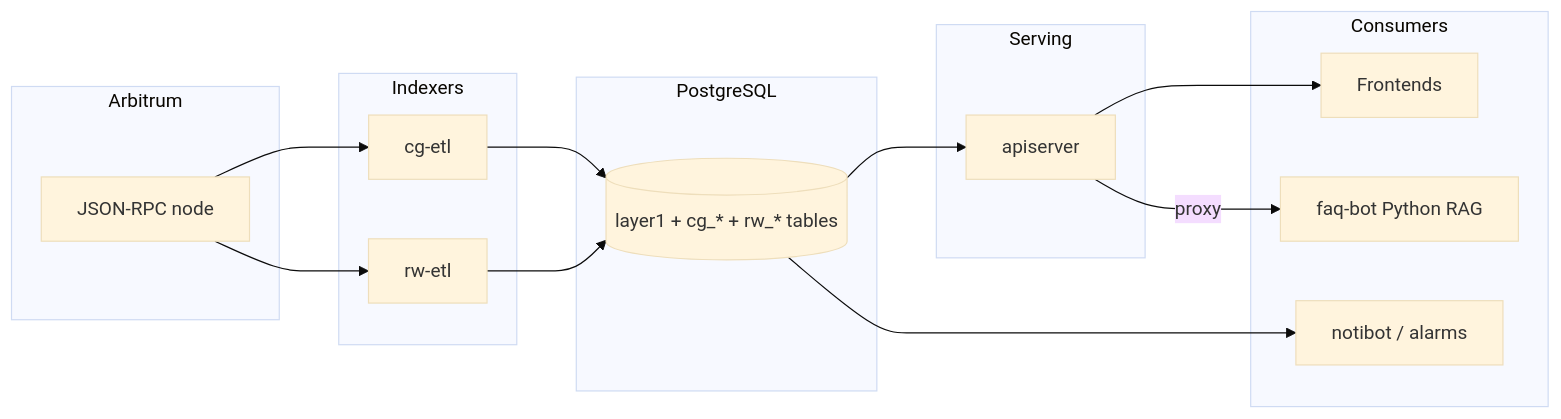
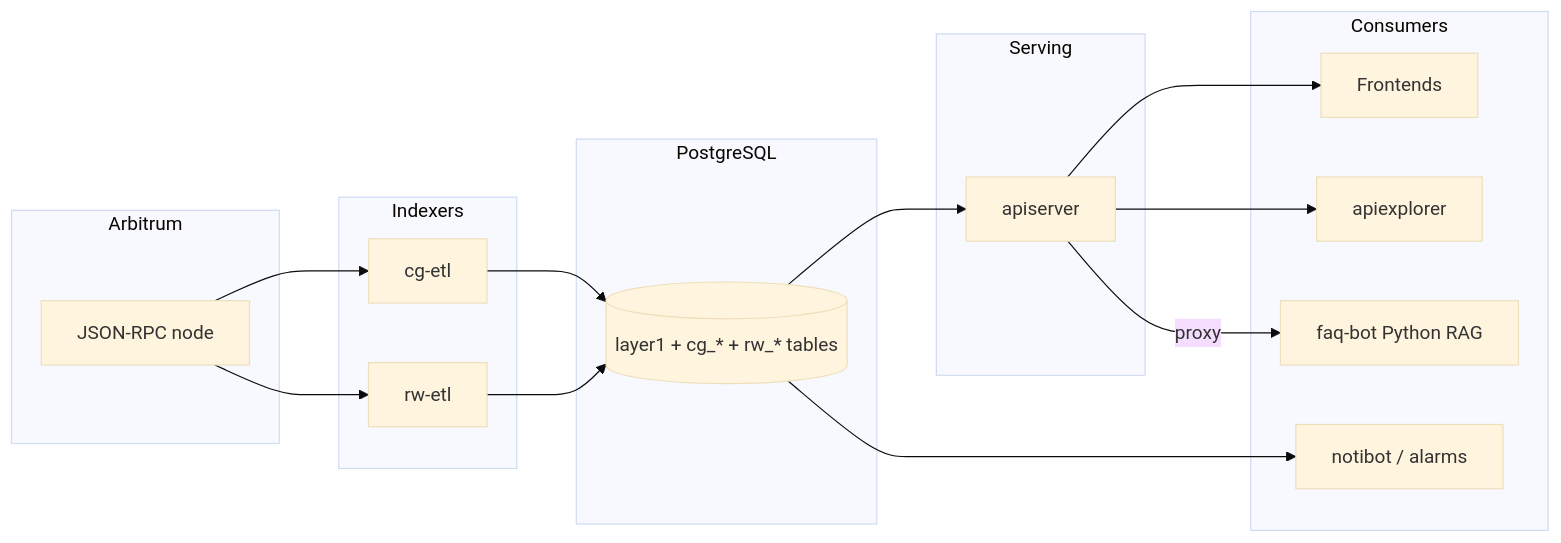
Before and after one commit to PredictionExplorer/augur-explorer: the diagram in docs/architecture.md, drawn with Mermaid (base theme). The commit also changed other lines of this file and 6 other files, not shown here.

````diff
--- a/docs/architecture.md
+++ b/docs/architecture.md
@@ -15,26 +15,28 @@
 ```mermaid
 flowchart LR
     subgraph chain [Arbitrum]
         rpc[JSON-RPC node]
     end
     subgraph indexers [Indexers]
         cgetl[cg-etl]
         rwetl[rw-etl]
     end
     subgraph storage [PostgreSQL]
         db[(layer1 + cg_* + rw_* tables)]
     end
     subgraph serving [Serving]
         api[apiserver]
     end
     subgraph consumers [Consumers]
         fe[Frontends]
+        apx[apiexplorer]
         bots[notibot / alarms]
         faq[faq-bot Python RAG]
     end
     rpc --> cgetl --> db
     rpc --> rwetl --> db
     db --> api --> fe
+    api --> apx
     db --> bots
     api -- proxy --> faq
 ```
````
